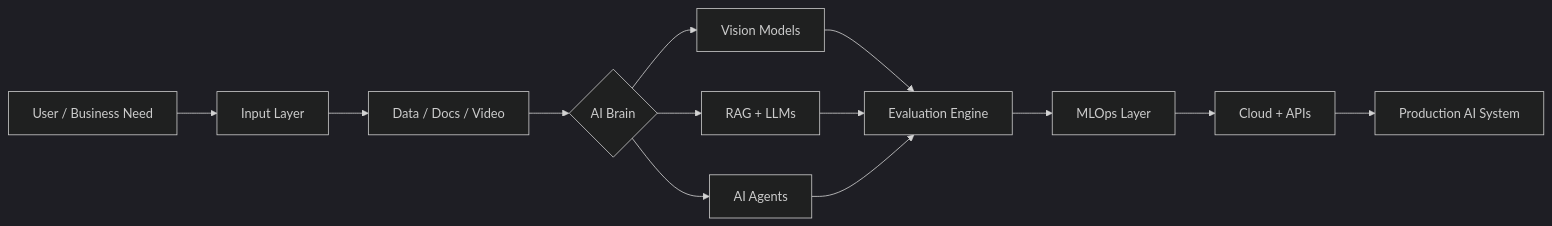
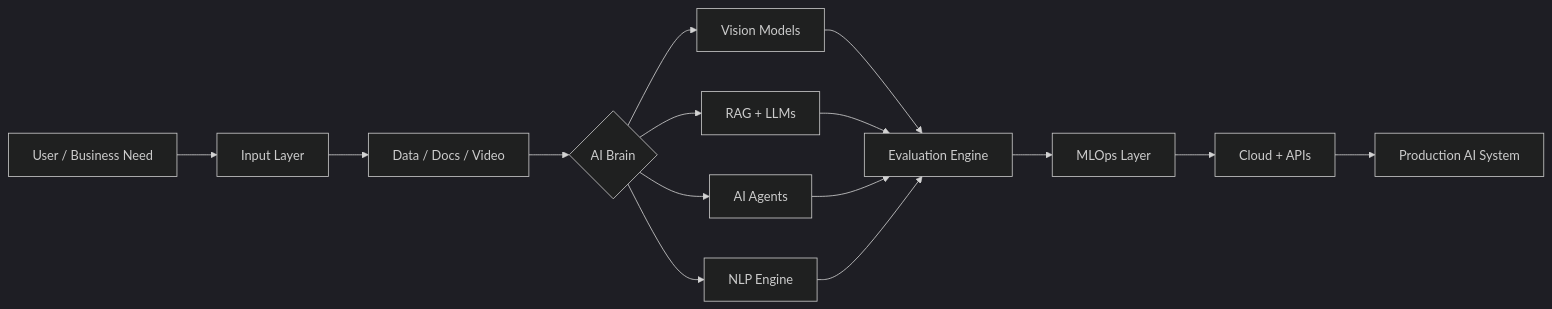
The diagram in README.md (mohdsarfarazullakhan/mohdsarfarazullakhan), drawn with Mermaid (dark theme) before and after one commit. The commit also changed other lines of this file and 1 other file, not shown here.

````diff
--- a/README.md
+++ b/README.md
@@ -59,15 +61,17 @@
 ```mermaid
 flowchart LR
     U[User / Business Need] --> I[Input Layer]
     I --> D[Data / Docs / Video]
     D --> B{AI Brain}
     B --> V[Vision Models]
     B --> R[RAG + LLMs]
     B --> A[AI Agents]
+    B --> N[NLP Engine]
     V --> E[Evaluation Engine]
     R --> E
     A --> E
+    N --> E
     E --> M[MLOps Layer]
     M --> C[Cloud + APIs]
     C --> P[Production AI System]
 ```
````
